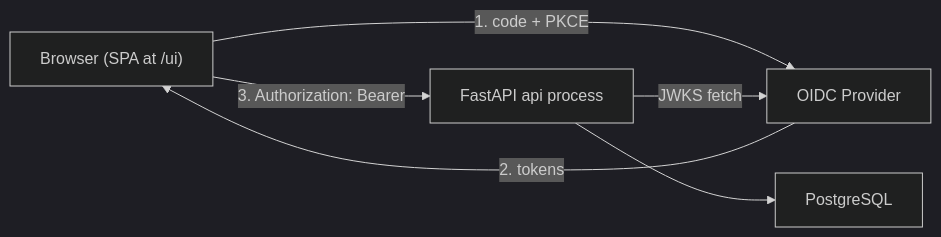
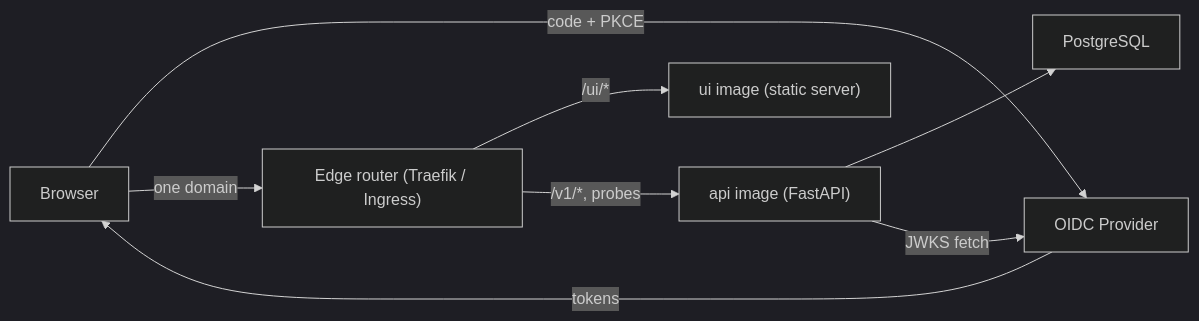
Before and after one commit to tvna/clairvoyance: the first of 3 diagrams in managed/docs/frontend-design.md, drawn with Mermaid (dark theme). The commit also changed other lines of this file, not shown here.

````diff
--- a/managed/docs/frontend-design.md
+++ b/managed/docs/frontend-design.md
@@ -65,8 +68,10 @@
 ```mermaid
 flowchart LR
-    B["Browser (SPA at /ui)"] -- "1. code + PKCE" --> IDP["OIDC Provider"]
-    IDP -- "2. tokens" --> B
-    B -- "3. Authorization: Bearer" --> API["FastAPI api process"]
+    B["Browser"] -- "code + PKCE" --> IDP["OIDC Provider"]
+    IDP -- "tokens" --> B
+    B -- "one domain" --> E["Edge router (Traefik / Ingress)"]
+    E -- "/ui/*" --> U["ui image (static server)"]
+    E -- "/v1/*, probes" --> API["api image (FastAPI)"]
     API --> P["PostgreSQL"]
     API -- "JWKS fetch" --> IDP
 ```
````
